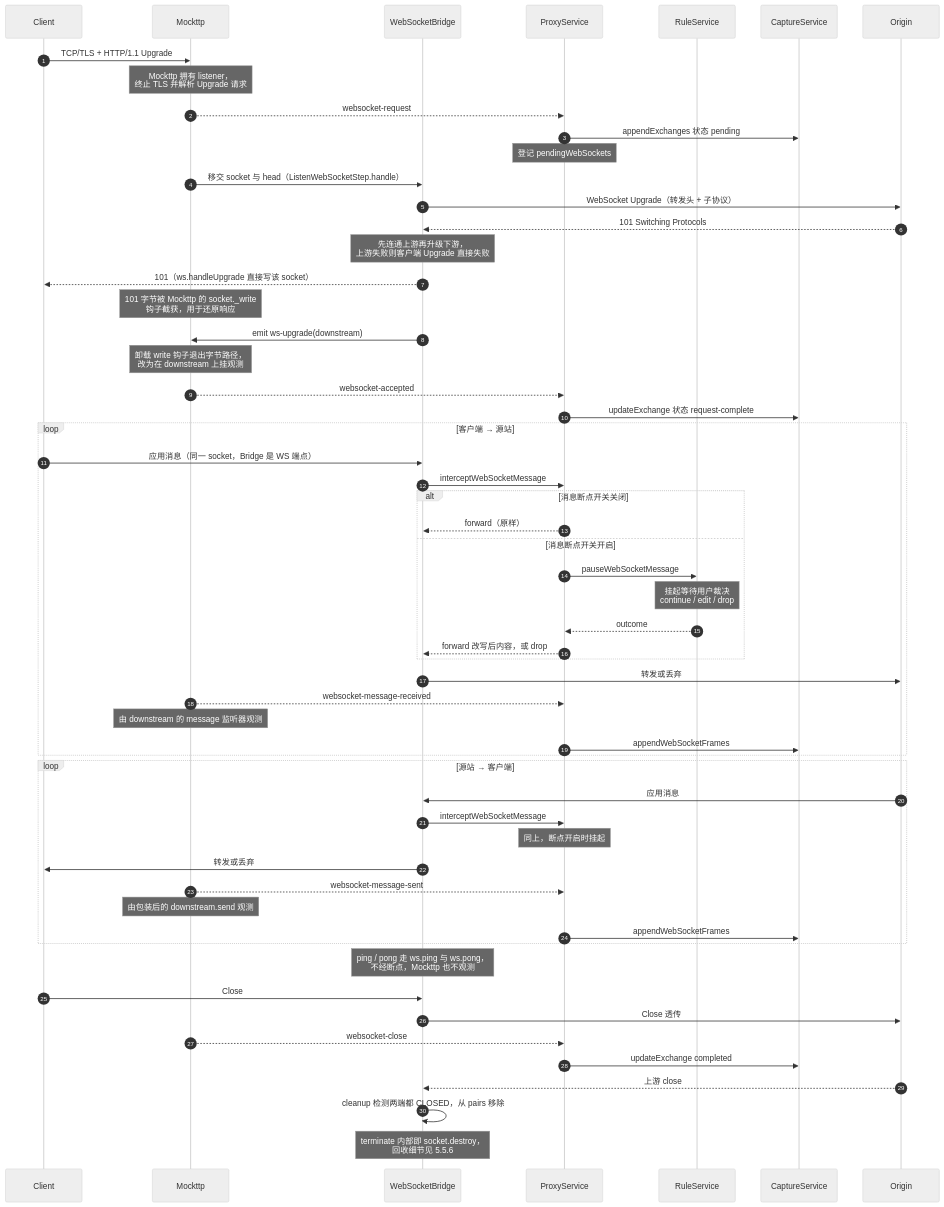
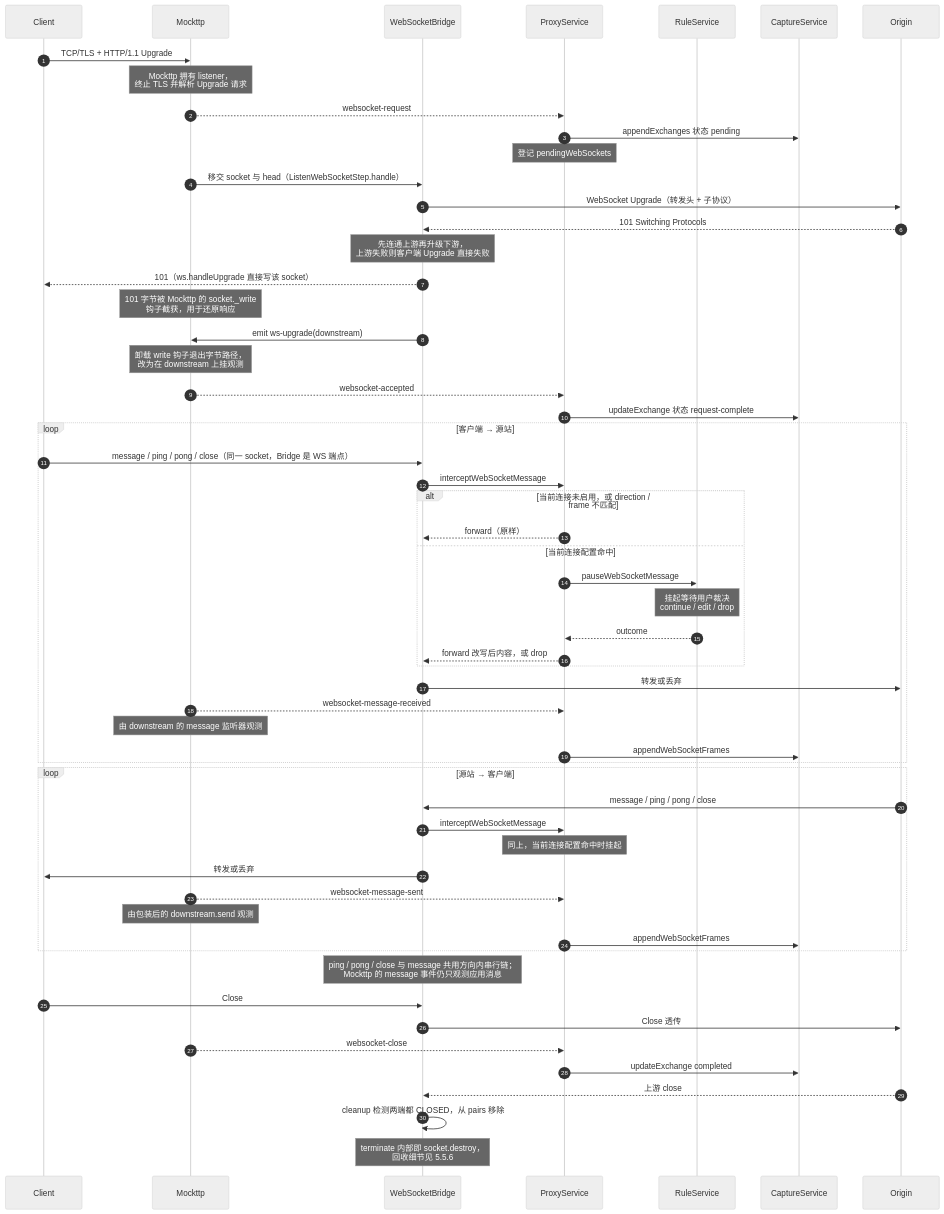
Before and after one commit to zhxmt-xm/Interceptor: the fourth of 14 diagrams in architecture/features/capture.md, drawn with Mermaid (neutral theme). The commit also changed other lines of this file and 63 other files, not shown here.

````diff
--- a/architecture/features/capture.md
+++ b/architecture/features/capture.md
@@ -380,66 +380,66 @@
 ```mermaid
 sequenceDiagram
     autonumber
     participant Client
     participant Mockttp
     participant Bridge as WebSocketBridge
     participant Proxy as ProxyService
     participant Rules as RuleService
     participant Storage as CaptureService
     participant Origin
 
     Client->>Mockttp: TCP/TLS + HTTP/1.1 Upgrade
     Note over Mockttp: Mockttp 拥有 listener，<br/>终止 TLS 并解析 Upgrade 请求
     Mockttp-->>Proxy: websocket-request
     Proxy->>Storage: appendExchanges 状态 pending
     Note over Proxy: 登记 pendingWebSockets
 
     Mockttp->>Bridge: 移交 socket 与 head（ListenWebSocketStep.handle）
     Bridge->>Origin: WebSocket Upgrade（转发头 + 子协议）
     Origin-->>Bridge: 101 Switching Protocols
     Note over Bridge: 先连通上游再升级下游，<br/>上游失败则客户端 Upgrade 直接失败
 
     Bridge-->>Client: 101（ws.handleUpgrade 直接写该 socket）
     Note over Mockttp: 101 字节被 Mockttp 的 socket._write<br/>钩子截获，用于还原响应
     Bridge->>Mockttp: emit ws-upgrade(downstream)
     Note over Mockttp: 卸载 write 钩子退出字节路径，<br/>改为在 downstream 上挂观测
     Mockttp-->>Proxy: websocket-accepted
     Proxy->>Storage: updateExchange 状态 request-complete
 
     loop 客户端 → 源站
-        Client->>Bridge: 应用消息（同一 socket，Bridge 是 WS 端点）
+        Client->>Bridge: message / ping / pong / close（同一 socket，Bridge 是 WS 端点）
         Bridge->>Proxy: interceptWebSocketMessage
-        alt 消息断点开关关闭
+        alt 当前连接未启用，或 direction / frame 不匹配
             Proxy-->>Bridge: forward（原样）
-        else 消息断点开关开启
+        else 当前连接配置命中
             Proxy->>Rules: pauseWebSocketMessage
             Note over Rules: 挂起等待用户裁决<br/>continue / edit / drop
             Rules-->>Proxy: outcome
             Proxy-->>Bridge: forward 改写后内容，或 drop
         end
         Bridge->>Origin: 转发或丢弃
         Mockttp-->>Proxy: websocket-message-received
         Note over Mockttp: 由 downstream 的 message 监听器观测
         Proxy->>Storage: appendWebSocketFrames
     end
 
     loop 源站 → 客户端
-        Origin->>Bridge: 应用消息
+        Origin->>Bridge: message / ping / pong / close
         Bridge->>Proxy: interceptWebSocketMessage
-        Note over Proxy: 同上，断点开启时挂起
+        Note over Proxy: 同上，当前连接配置命中时挂起
         Bridge->>Client: 转发或丢弃
         Mockttp-->>Proxy: websocket-message-sent
         Note over Mockttp: 由包装后的 downstream.send 观测
         Proxy->>Storage: appendWebSocketFrames
     end
 
-    Note over Bridge: ping / pong 走 ws.ping 与 ws.pong，<br/>不经断点，Mockttp 也不观测
+    Note over Bridge: ping / pong / close 与 message 共用方向内串行链；<br/>Mockttp 的 message 事件仍只观测应用消息
 
     Client->>Bridge: Close
     Bridge->>Origin: Close 透传
     Mockttp-->>Proxy: websocket-close
     Proxy->>Storage: updateExchange completed
     Origin-->>Bridge: 上游 close
     Bridge->>Bridge: cleanup 检测两端都 CLOSED，从 pairs 移除
     Note over Bridge: terminate 内部即 socket.destroy，<br/>回收细节见 5.5.6
 ```
````
